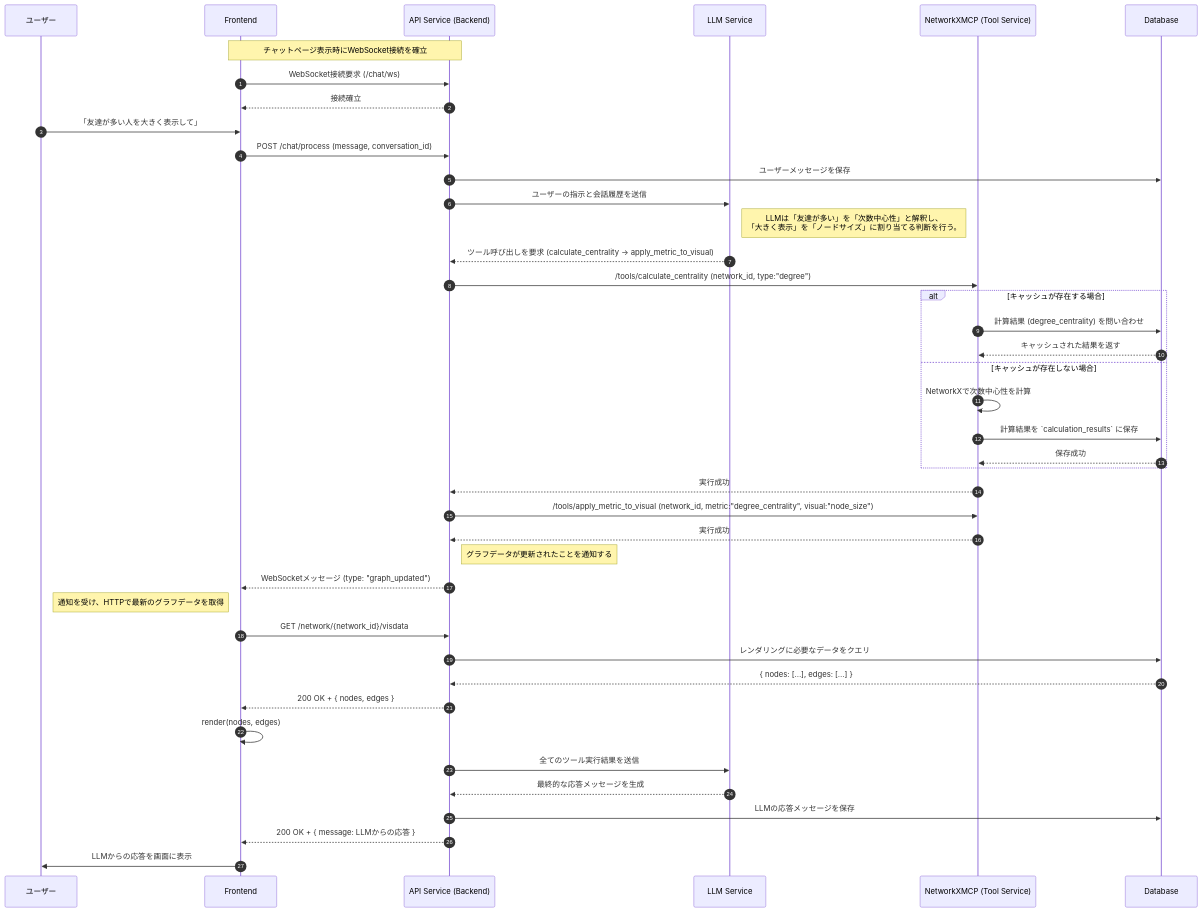
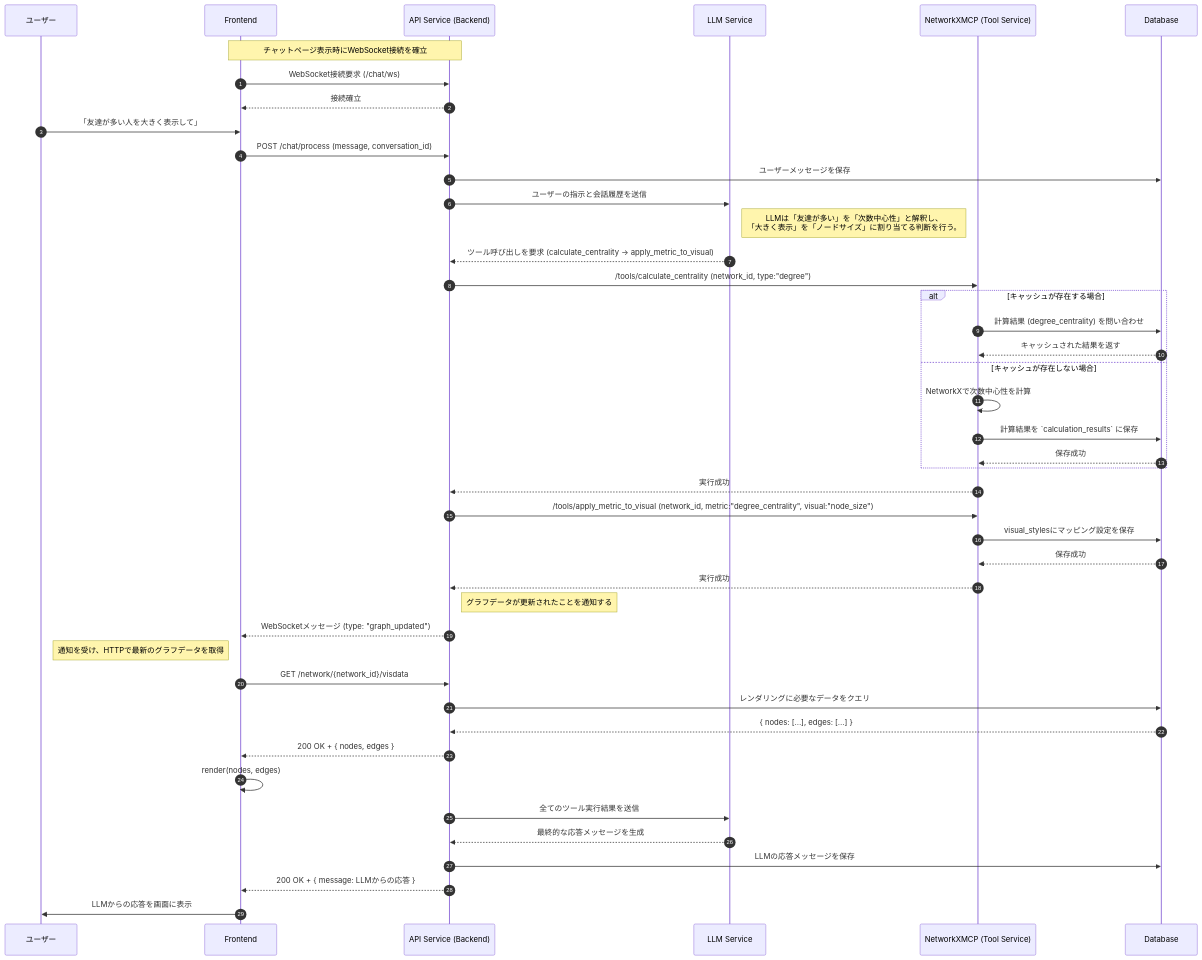
Before and after one commit to vdslab/LLMGraphvis: the second of 3 diagrams in specification/Interactions.md, drawn with Mermaid. The commit also changed 1 other file, not shown here.

Commit message:
Docs: Add visual_styles table and update sequence diagram for visual mapping persistence

````diff
--- a/specification/Interactions.md
+++ b/specification/Interactions.md
@@ -55,62 +55,64 @@
 ```mermaid
 sequenceDiagram
     autonumber
     %% Participants
     participant U as ユーザー
     participant F as Frontend
     participant B as API Service (Backend)
     participant LLM as LLM Service
     participant N as NetworkXMCP (Tool Service)
     participant DB as Database
 
     note over F, B: チャットページ表示時にWebSocket接続を確立
     F->>B: WebSocket接続要求 (/chat/ws)
     B-->>F: 接続確立
 
     %% Step 1: User sends a message (HTTP POST)
     U->>F: 「友達が多い人を大きく表示して」
     F->>B: POST /chat/process (message, conversation_id)
     B->>DB: ユーザーメッセージを保存
 
     %% Step 2: Backend invokes LLM
     B->>LLM: ユーザーの指示と会話履歴を送信
     note right of LLM: LLMは「友達が多い」を「次数中心性」と解釈し、<br/>「大きく表示」を「ノードサイズ」に割り当てる判断を行う。
     LLM-->>B: ツール呼び出しを要求 (calculate_centrality → apply_metric_to_visual)
 
     %% Step 3: Backend calls calculation tool (with cache logic)
     B->>N: /tools/calculate_centrality (network_id, type:"degree")
     
     alt キャッシュが存在する場合
         N->>DB: 計算結果 (degree_centrality) を問い合わせ
         DB-->>N: キャッシュされた結果を返す
     else キャッシュが存在しない場合
         N->>N: NetworkXで次数中心性を計算
         N->>DB: 計算結果を `calculation_results` に保存
         DB-->>N: 保存成功
     end
     
     N-->>B: 実行成功
 
     %% Step 4: Backend calls visualization tool
     B->>N: /tools/apply_metric_to_visual (network_id, metric:"degree_centrality", visual:"node_size")
+    N->>DB: visual_stylesにマッピング設定を保存
+    DB-->>N: 保存成功
     N-->>B: 実行成功
 
     %% Step 5: Backend sends a notification via WebSocket
     note right of B: グラフデータが更新されたことを通知する
     B-->>F: WebSocketメッセージ (type: "graph_updated")
 
     %% Step 6: Frontend fetches the updated graph data via HTTP
     note left of F: 通知を受け、HTTPで最新のグラフデータを取得
     F->>B: GET /network/{network_id}/visdata
     B->>DB: レンダリングに必要なデータをクエリ
     DB-->>B: { nodes: [...], edges: [...] }
     B-->>F: 200 OK + { nodes, edges }
     F->>F: render(nodes, edges)
 
     %% Step 7: Backend gets final response from LLM and sends it via HTTP response
     B->>LLM: 全てのツール実行結果を送信
     LLM-->>B: 最終的な応答メッセージを生成
     B->>DB: LLMの応答メッセージを保存
     B-->>F: 200 OK + { message: LLMからの応答 }
     F->>U: LLMからの応答を画面に表示
 ```
````
